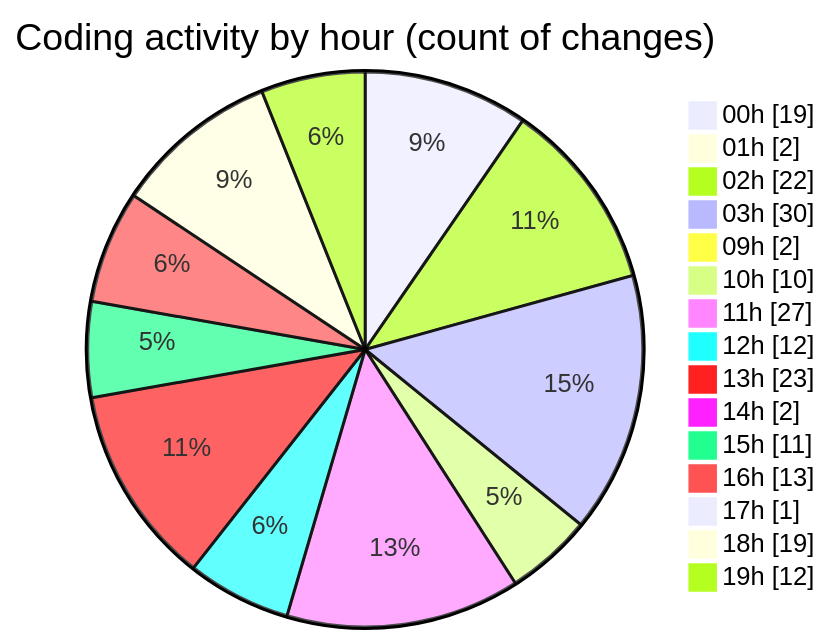
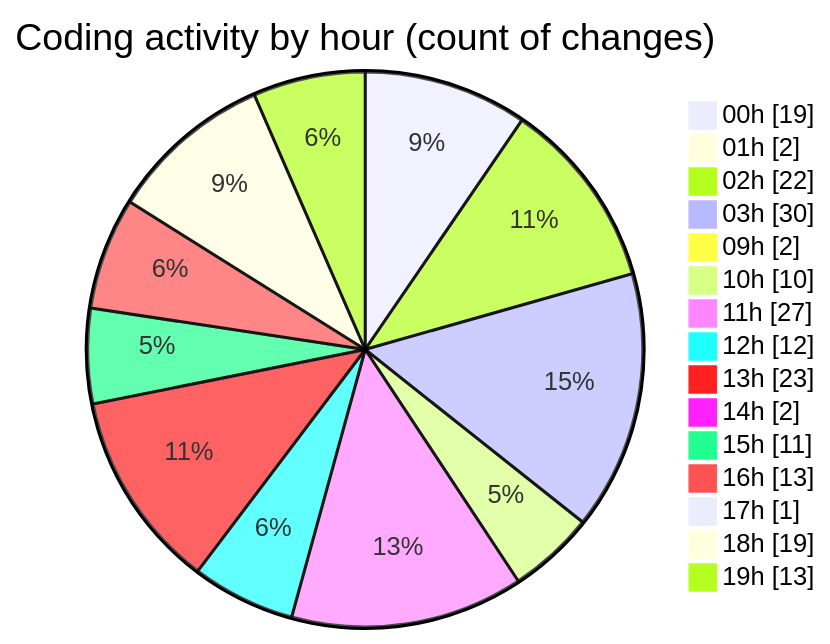
Before and after one commit to julien-gomy/code-tracking: the second of 2 diagrams in 2025-10-21/eventscop-frontend-guide__workspace_/README.md, drawn with Mermaid. The commit also changed other lines of this file and 1 other file, not shown here.

````diff
--- a/2025-10-21/eventscop-frontend-guide__workspace_/README.md
+++ b/2025-10-21/eventscop-frontend-guide__workspace_/README.md
@@ -63,19 +63,19 @@
 ```mermaid
 pie showData
 title Coding activity by hour (count of changes)
 "00h" : 19
 "01h" : 2
 "02h" : 22
 "03h" : 30
 "09h" : 2
 "10h" : 10
 "11h" : 27
 "12h" : 12
 "13h" : 23
 "14h" : 2
 "15h" : 11
 "16h" : 13
 "17h" : 1
 "18h" : 19
-"19h" : 12
+"19h" : 13
 ```
````
